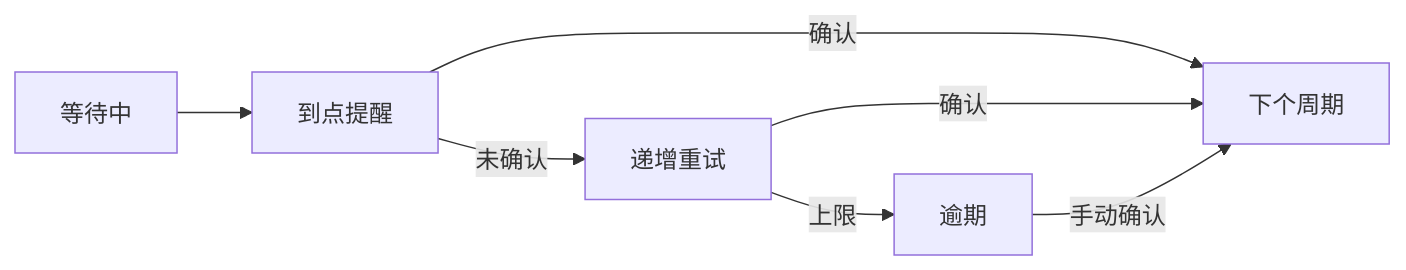
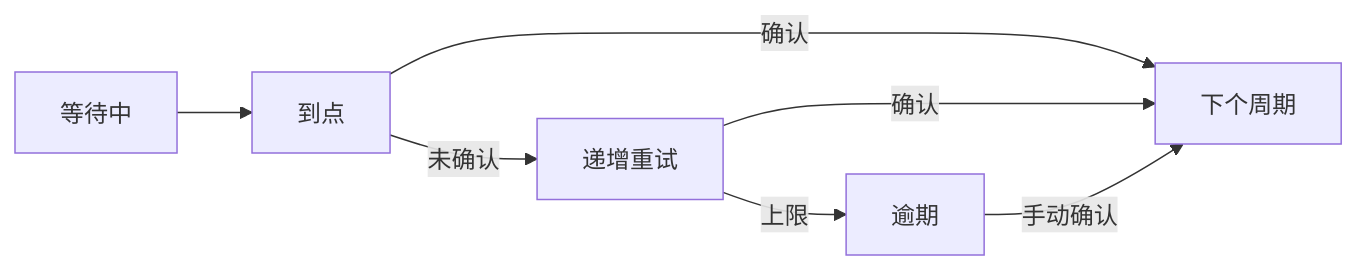
Before and after one commit to tsumon/reminder-app-ios: the second of 2 diagrams in README.md, drawn with Mermaid. The commit also changed other lines of this file and 5 other files, not shown here.

````diff
--- a/README.md
+++ b/README.md
@@ -31,9 +53,9 @@
 ```mermaid
 flowchart LR
-  waiting[等待中] --> due[到点提醒]
+  waiting[等待中] --> due[到点]
   due -->|确认| next[下个周期]
   due -->|未确认| retry[递增重试]
   retry -->|确认| next
   retry -->|上限| overdue[逾期]
   overdue -->|手动确认| next
 ```
````
